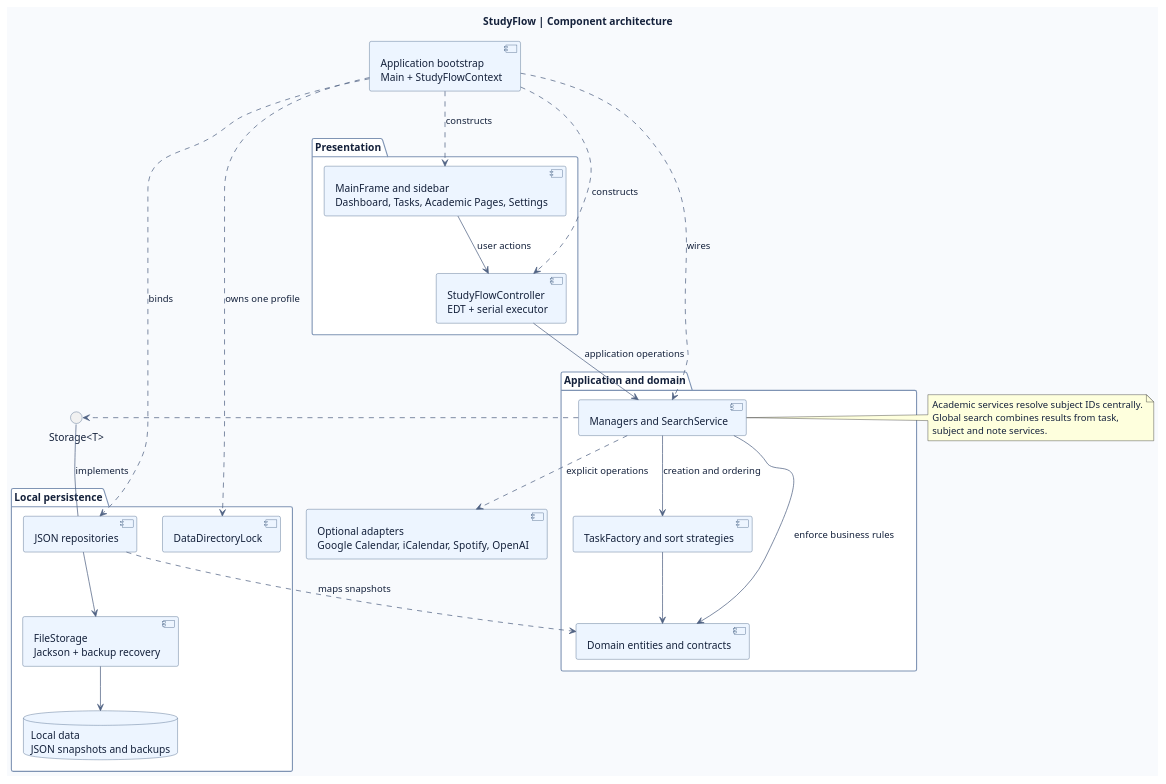
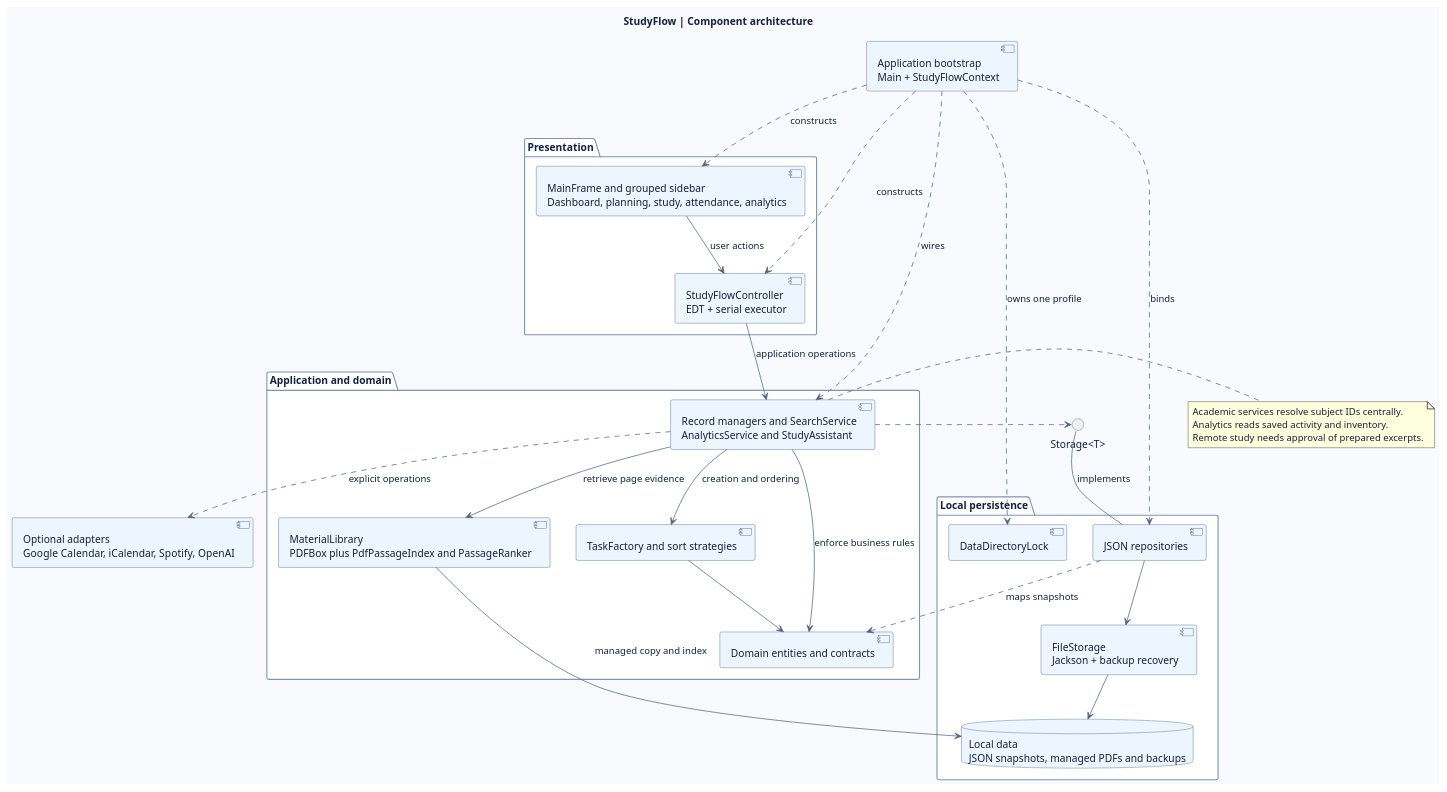
One commit to Dishitha09/StudyFlow changed the diagram in docs/uml/component-diagram.puml. Above: the diagram before and after it, drawn with PlantUML. The commit also changed 27 other files, not shown here.

```diff
--- a/docs/uml/component-diagram.puml
+++ b/docs/uml/component-diagram.puml
@@ -1,61 +1,64 @@
 @startuml
 title StudyFlow | Component architecture
 top to bottom direction
 skinparam backgroundColor #F8FAFD
 skinparam defaultFontName Segoe UI
 skinparam defaultFontColor #14213B
 skinparam shadowing false
 skinparam ArrowColor #506383
 skinparam componentBorderColor #345279
 skinparam componentBackgroundColor #EDF5FF
 skinparam interfaceBorderColor #345279
 skinparam packageBorderColor #7F94B4
 skinparam packageBackgroundColor #FFFFFF
 skinparam databaseBorderColor #345279
 skinparam databaseBackgroundColor #EDF5FF
 
 component "Application bootstrap\nMain + StudyFlowContext" as Bootstrap
 
 package "Presentation" {
-  component "MainFrame and sidebar\nDashboard, Tasks, Academic Pages, Settings" as Views
+  component "MainFrame and grouped sidebar\nDashboard, planning, study, attendance, analytics" as Views
   component "StudyFlowController\nEDT + serial executor" as Controllers
   Views --> Controllers : user actions
 }
 
 package "Application and domain" {
-  component "Managers and SearchService" as Services
+  component "Record managers and SearchService\nAnalyticsService and StudyAssistant" as Services
+  component "MaterialLibrary\nPDFBox plus PdfPassageIndex and PassageRanker" as Materials
   component "TaskFactory and sort strategies" as Policies
   component "Domain entities and contracts" as Domain
   Services --> Policies : creation and ordering
   Services --> Domain : enforce business rules
+  Services --> Materials : retrieve page evidence
   Policies --> Domain
 }
 
 interface "Storage<T>" as Repository
 
 package "Local persistence" {
   component "JSON repositories" as JsonRepositories
   component "FileStorage\nJackson + backup recovery" as FileStorage
   component "DataDirectoryLock" as Lock
-  database "Local data\nJSON snapshots and backups" as Files
+  database "Local data\nJSON snapshots, managed PDFs and backups" as Files
   JsonRepositories --> FileStorage
   FileStorage --> Files
 }
 
 component "Optional adapters\nGoogle Calendar, iCalendar, Spotify, OpenAI" as Integrations
 Bootstrap ..> Views : constructs
 Bootstrap ..> Controllers : constructs
 Bootstrap ..> Services : wires
 Bootstrap ..> JsonRepositories : binds
 Bootstrap ..> Lock : owns one profile
 Controllers --> Services : application operations
 Services ..> Repository
 JsonRepositories -up- Repository : implements
 JsonRepositories ..> Domain : maps snapshots
 Services ..> Integrations : explicit operations
+Materials --> Files : managed copy and index
 note right of Services
   Academic services resolve subject IDs centrally.
-  Global search combines results from task,
-  subject and note services.
+  Analytics reads saved activity and inventory.
+  Remote study needs approval of prepared excerpts.
 end note
 @enduml
```
